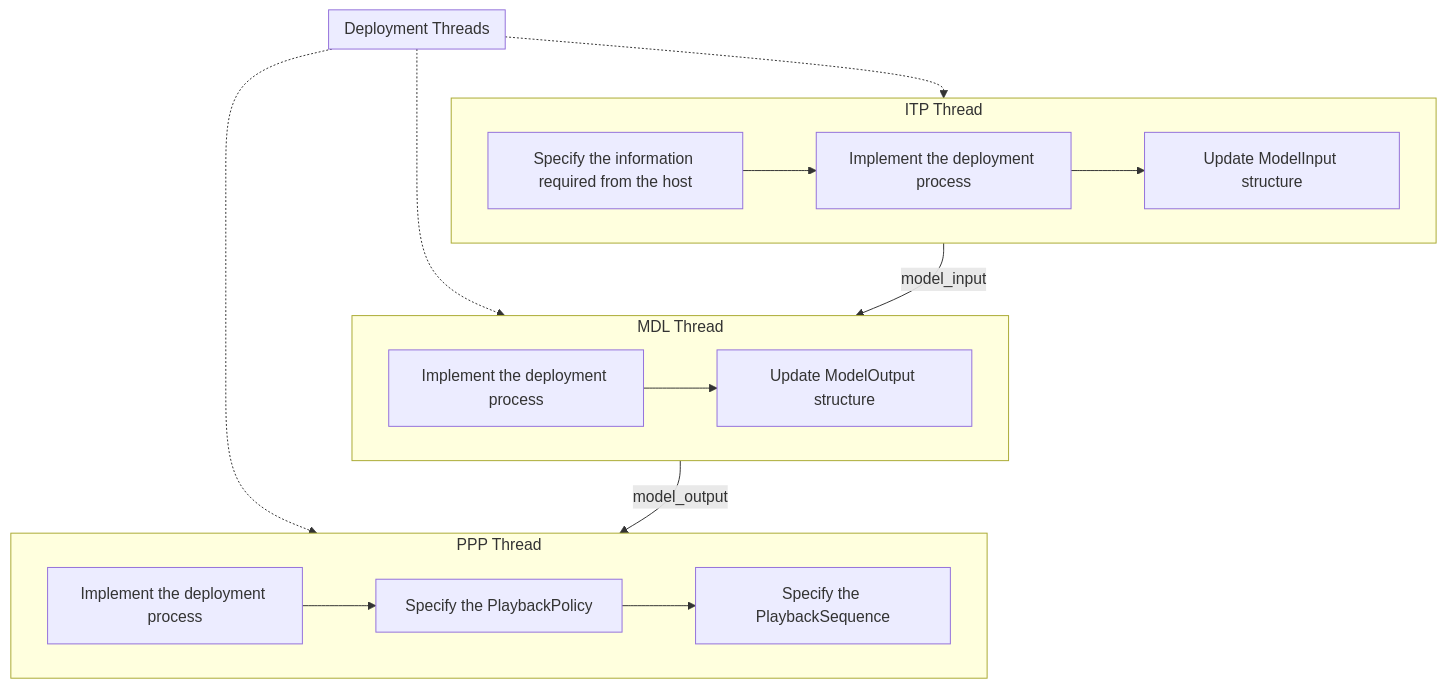
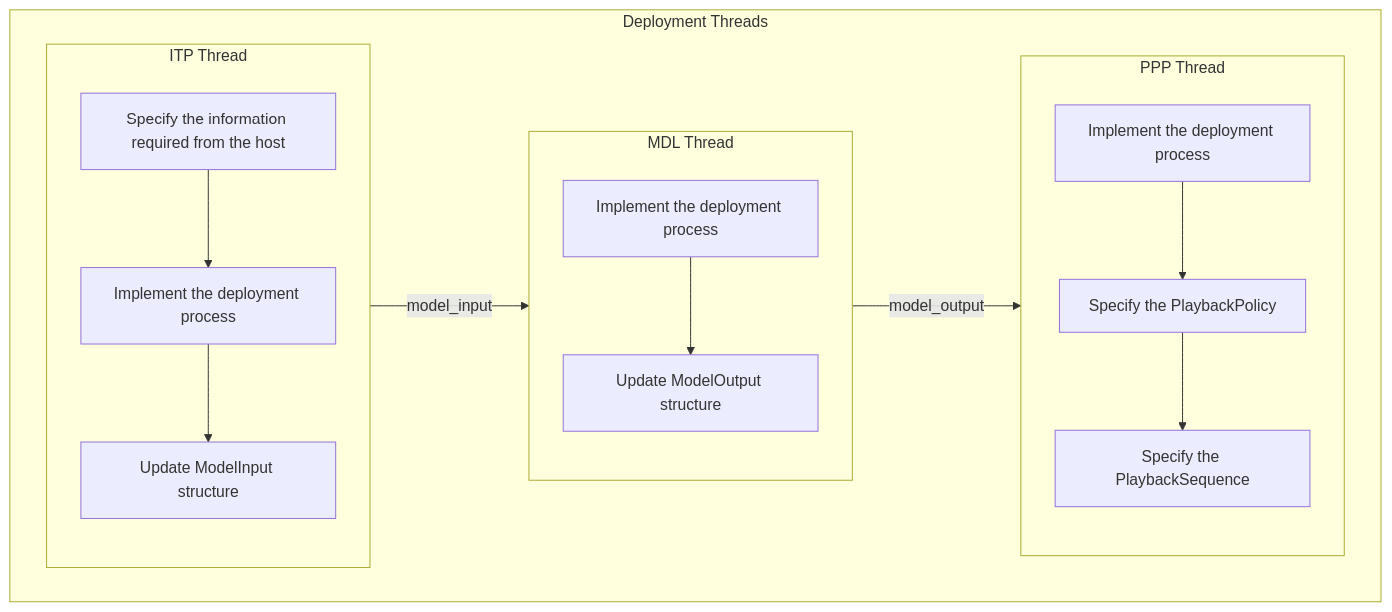
One commit to neuralmidifx/neuralmidifx.github.io changed the diagram in docs/DeploymentThreads/DeploymentThreads.md. Above: the diagram before and after it, drawn with Mermaid.

Commit message:
Deployment Threads description

````diff
--- a/docs/DeploymentThreads/DeploymentThreads.md
+++ b/docs/DeploymentThreads/DeploymentThreads.md
@@ -21,33 +21,29 @@
 ```mermaid
 graph TD
     
-    
-    %% ITP Thread
-    subgraph ITPThread["ITP Thread"]
-        C1[Specify the information required from the host] --> C2[Implement the deployment process]
-        C2 --> C3[Update ModelInput structure]
-    end
-    
-    %% MDL Thread
-    subgraph MDLThread["MDL Thread"]
-        D1[Implement the deployment process] --> D2[Update ModelOutput structure]
-    end
-    
-    %% PPP Thread
-    subgraph PPPThread["PPP Thread"]
-        E1[Implement the deployment process] --> E2[Specify the PlaybackPolicy]
-        E2 --> E3[Specify the PlaybackSequence]
-    end
-    
     %% DeploymentThreads 
     subgraph DeploymentThreads["Deployment Threads"]
+         %% ITP Thread
+        subgraph ITPThread["ITP Thread"]
+            C1["Specify the information required from the host"] --> C2[Implement the deployment process]
+            C2 --> C3[Update ModelInput structure]
+        end
+        
+        %% MDL Thread
+        subgraph MDLThread["MDL Thread"]
+            D1[Implement the deployment process] --> D2[Update ModelOutput structure]
+        end
+        
+        %% PPP Thread
+        subgraph PPPThread["PPP Thread"]
+            E1[Implement the deployment process] --> E2[Specify the PlaybackPolicy]
+            E2 --> E3[Specify the PlaybackSequence]
+        end
+        
+        
+        
+        ITPThread -->|model_input| MDLThread
+        MDLThread -->|model_output| PPPThread
     end
-    
-    %% Vertical Placement of Groups
-    DeploymentThreads -.-> ITPThread
-    DeploymentThreads -.-> MDLThread
-    DeploymentThreads -.-> PPPThread
-    
-    ITPThread -->|model_input| MDLThread
-    MDLThread -->|model_output| PPPThread
+   
 ```
````
